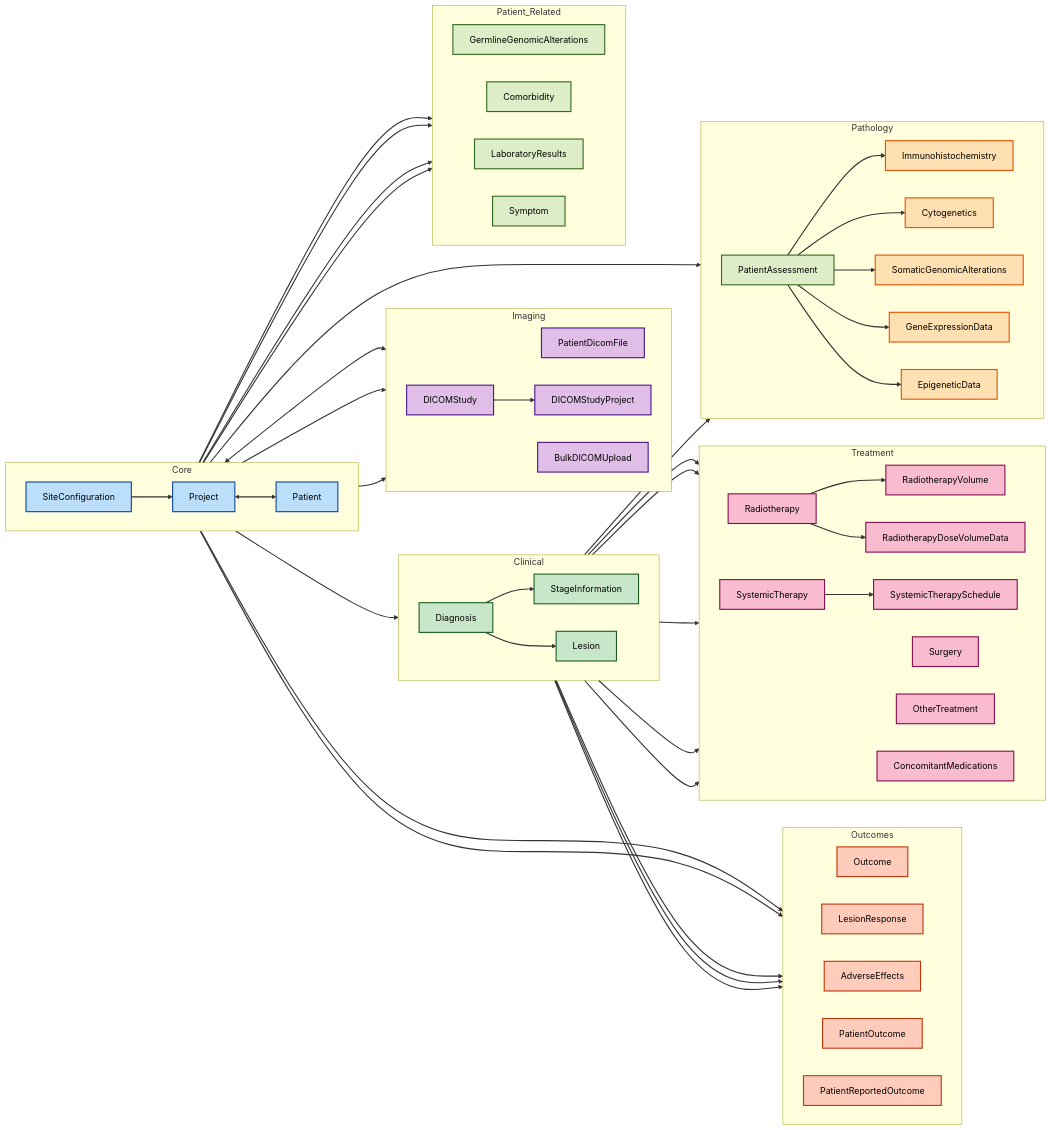
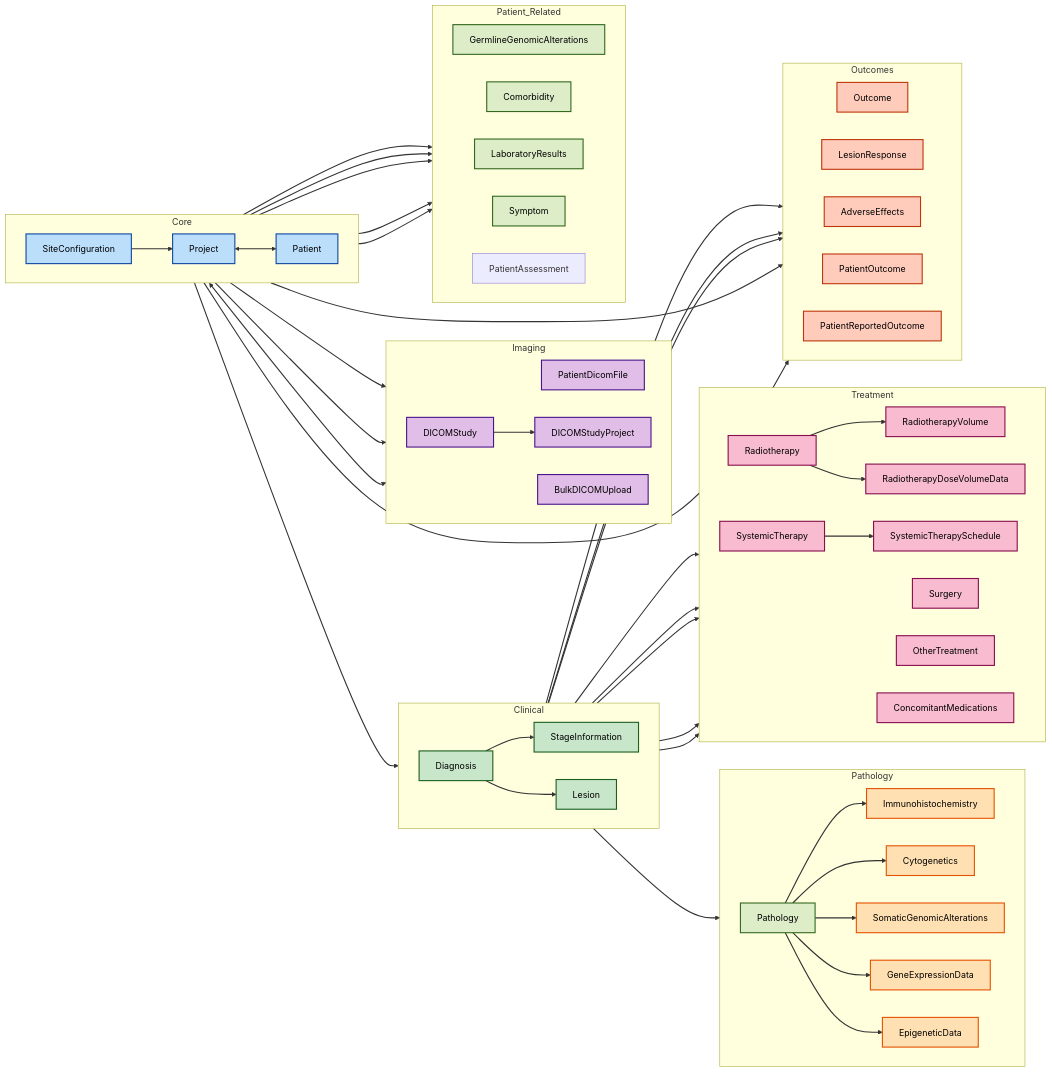
Before and after one commit to CHAVI-India/CHAVI-Client: the diagram in README.md, drawn with Mermaid.

Commit message:
Minor update to patient relationship diagram label

```diff
--- a/README.md
+++ b/README.md
@@ -322,8 +322,8 @@
         CO[Comorbidity]
         LAB[LaboratoryResults]
         SY[Symptom]
-        PA[PatientAssessment]
-        PT --> GG & CO & LAB & SY & PA
+        PAS[PatientAssessment]
+        PT --> GG & CO & LAB & SY & PAS
     end
 
 classDef core fill:#bbdefb,stroke:#0d47a1,stroke-width:2px,color:#000000
```
